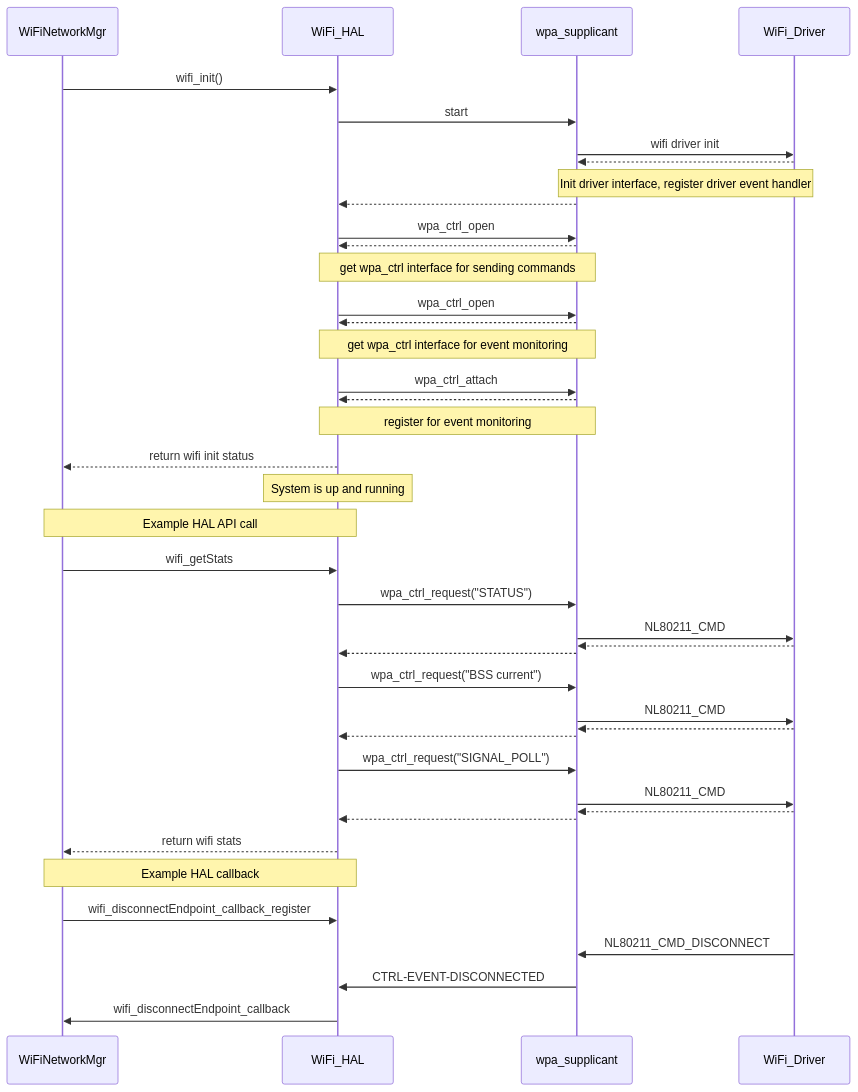
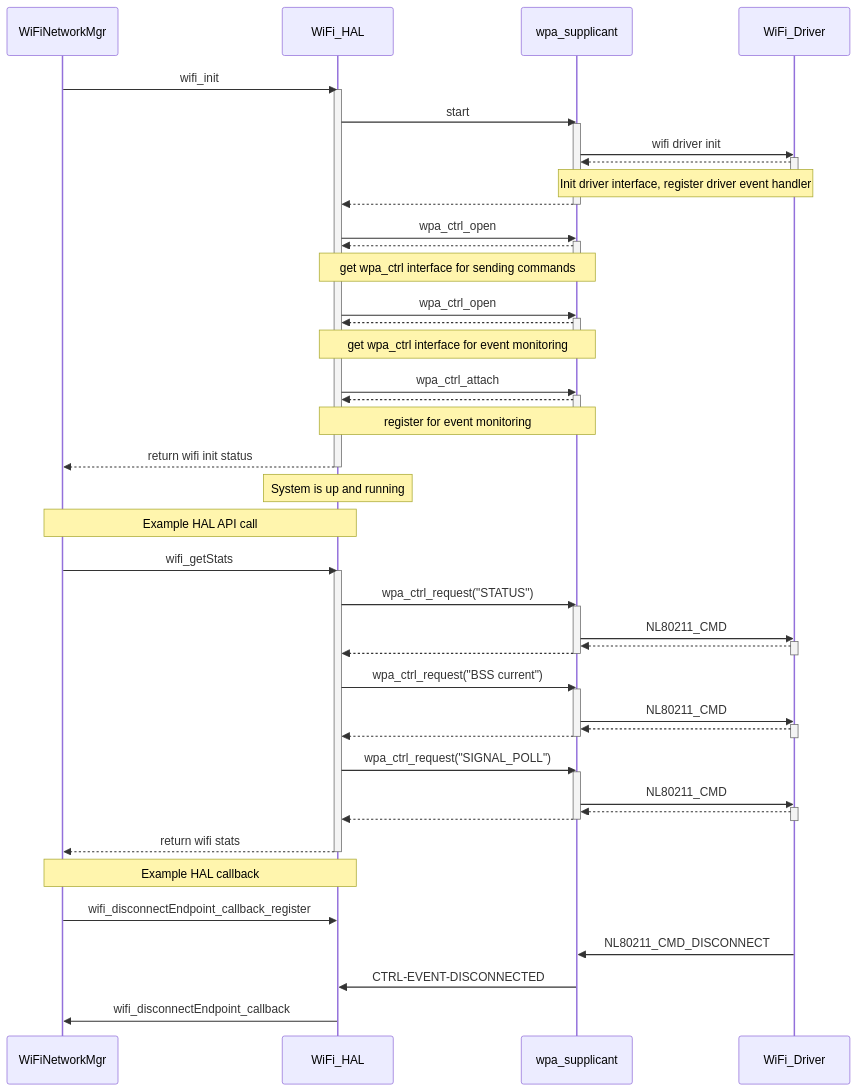
One commit to rdkcentral/rdkv-halif-wifi changed the second of 2 diagrams in docs/pages/halSpec.md. Above: the diagram before and after it, drawn with Mermaid. The commit also changed other lines of this file, not shown here.

````diff
--- a/docs/pages/halSpec.md
+++ b/docs/pages/halSpec.md
@@ -169,47 +201,73 @@
 ```mermaid
 sequenceDiagram
     participant WiFiNetworkMgr
     participant WiFi_HAL
     participant wpa_supplicant
     participant WiFi_Driver
 
-    WiFiNetworkMgr->>WiFi_HAL: wifi_init()
+    WiFiNetworkMgr->>WiFi_HAL: wifi_init
+    activate WiFi_HAL
     WiFi_HAL->>wpa_supplicant: start
+    activate wpa_supplicant
     wpa_supplicant->>WiFi_Driver: wifi driver init
+    activate WiFi_Driver
     WiFi_Driver-->>wpa_supplicant: 
+    deactivate WiFi_Driver
     Note over wpa_supplicant,WiFi_Driver: Init driver interface, register driver event handler
     wpa_supplicant-->>WiFi_HAL: 
+    deactivate wpa_supplicant
     WiFi_HAL->>wpa_supplicant: wpa_ctrl_open
+    activate wpa_supplicant
     wpa_supplicant-->>WiFi_HAL: 
+    deactivate wpa_supplicant
     Note over wpa_supplicant,WiFi_HAL: get wpa_ctrl interface for sending commands
     WiFi_HAL->>wpa_supplicant: wpa_ctrl_open
+    activate wpa_supplicant
     wpa_supplicant-->>WiFi_HAL: 
+    deactivate wpa_supplicant
     Note over wpa_supplicant,WiFi_HAL: get wpa_ctrl interface for event monitoring
     WiFi_HAL->>wpa_supplicant: wpa_ctrl_attach
+    activate wpa_supplicant
     wpa_supplicant-->>WiFi_HAL: 
+    deactivate wpa_supplicant
     Note over wpa_supplicant,WiFi_HAL: register for event monitoring
     WiFi_HAL-->>WiFiNetworkMgr: return wifi init status
+    deactivate WiFi_HAL
     Note over WiFi_HAL: System is up and running
 
     Note over WiFiNetworkMgr,WiFi_HAL: Example HAL API call
     WiFiNetworkMgr->>WiFi_HAL: wifi_getStats
+    activate WiFi_HAL
     WiFi_HAL->>wpa_supplicant: wpa_ctrl_request("STATUS")
+    activate wpa_supplicant
     wpa_supplicant->>WiFi_Driver: NL80211_CMD
+    activate WiFi_Driver
     WiFi_Driver-->>wpa_supplicant: 
+    deactivate WiFi_Driver
     wpa_supplicant-->>WiFi_HAL: 
+    deactivate wpa_supplicant
     WiFi_HAL->>wpa_supplicant: wpa_ctrl_request("BSS current")
+    activate wpa_supplicant
     wpa_supplicant->>WiFi_Driver: NL80211_CMD
+    activate WiFi_Driver
     WiFi_Driver-->>wpa_supplicant: 
+    deactivate WiFi_Driver
     wpa_supplicant-->>WiFi_HAL: 
+    deactivate wpa_supplicant
     WiFi_HAL->>wpa_supplicant: wpa_ctrl_request("SIGNAL_POLL")
+    activate wpa_supplicant
     wpa_supplicant->>WiFi_Driver: NL80211_CMD
+    activate WiFi_Driver
     WiFi_Driver-->>wpa_supplicant: 
+    deactivate WiFi_Driver
     wpa_supplicant-->>WiFi_HAL: 
+    deactivate wpa_supplicant
     WiFi_HAL-->>WiFiNetworkMgr: return wifi stats
+    deactivate WiFi_HAL
 
     Note over WiFiNetworkMgr,WiFi_HAL: Example HAL callback
     WiFiNetworkMgr->>WiFi_HAL: wifi_disconnectEndpoint_callback_register
     WiFi_Driver->>wpa_supplicant: NL80211_CMD_DISCONNECT
     wpa_supplicant->>WiFi_HAL: CTRL-EVENT-DISCONNECTED
     WiFi_HAL->>WiFiNetworkMgr: wifi_disconnectEndpoint_callback
 ```
````
